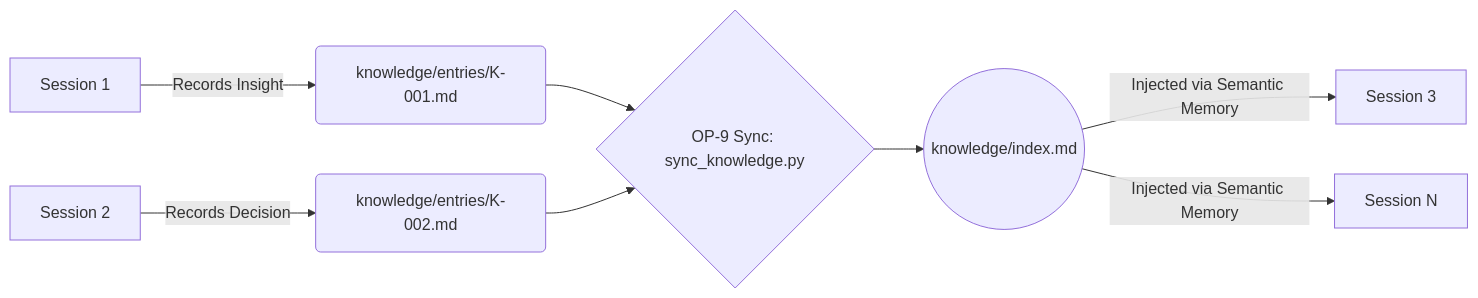
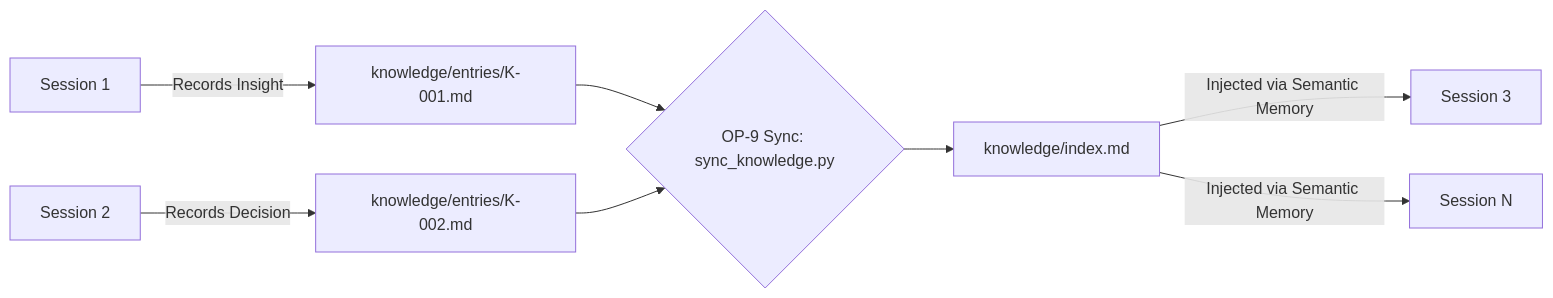
Before and after one commit to emmanuelol/yani-engine: the sixth of 6 diagrams in docs/05-architecture.md, drawn with Mermaid. The commit also changed other lines of this file and 2 other files, not shown here.

Commit message:
docs: Fix Mermaid syntax quoting and clarify yani-skill as Lite edition

````diff
--- a/docs/05-architecture.md
+++ b/docs/05-architecture.md
@@ -143,13 +143,13 @@
 ```mermaid
 flowchart LR
-    A[Session 1] -->|Records Insight| B(knowledge/entries/K-001.md)
-    C[Session 2] -->|Records Decision| D(knowledge/entries/K-002.md)
+    A["Session 1"] -->|"Records Insight"| B["knowledge/entries/K-001.md"]
+    C["Session 2"] -->|"Records Decision"| D["knowledge/entries/K-002.md"]
     
-    B --> E{OP-9 Sync: sync_knowledge.py}
+    B --> E{"OP-9 Sync: sync_knowledge.py"}
     D --> E
     
-    E --> F((knowledge/index.md))
+    E --> F["knowledge/index.md"]
     
-    F -->|Injected via Semantic Memory| G[Session 3]
-    F -->|Injected via Semantic Memory| H[Session N]
+    F -->|"Injected via Semantic Memory"| G["Session 3"]
+    F -->|"Injected via Semantic Memory"| H["Session N"]
 ```
````
